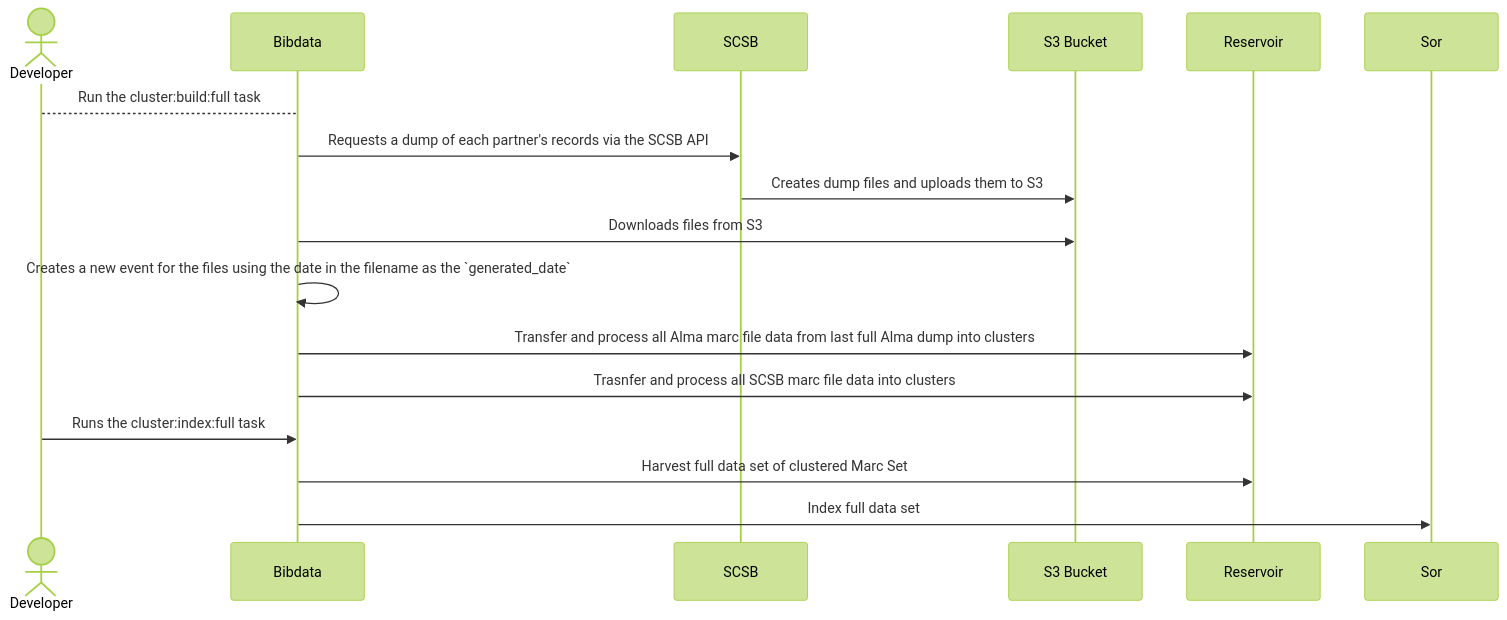
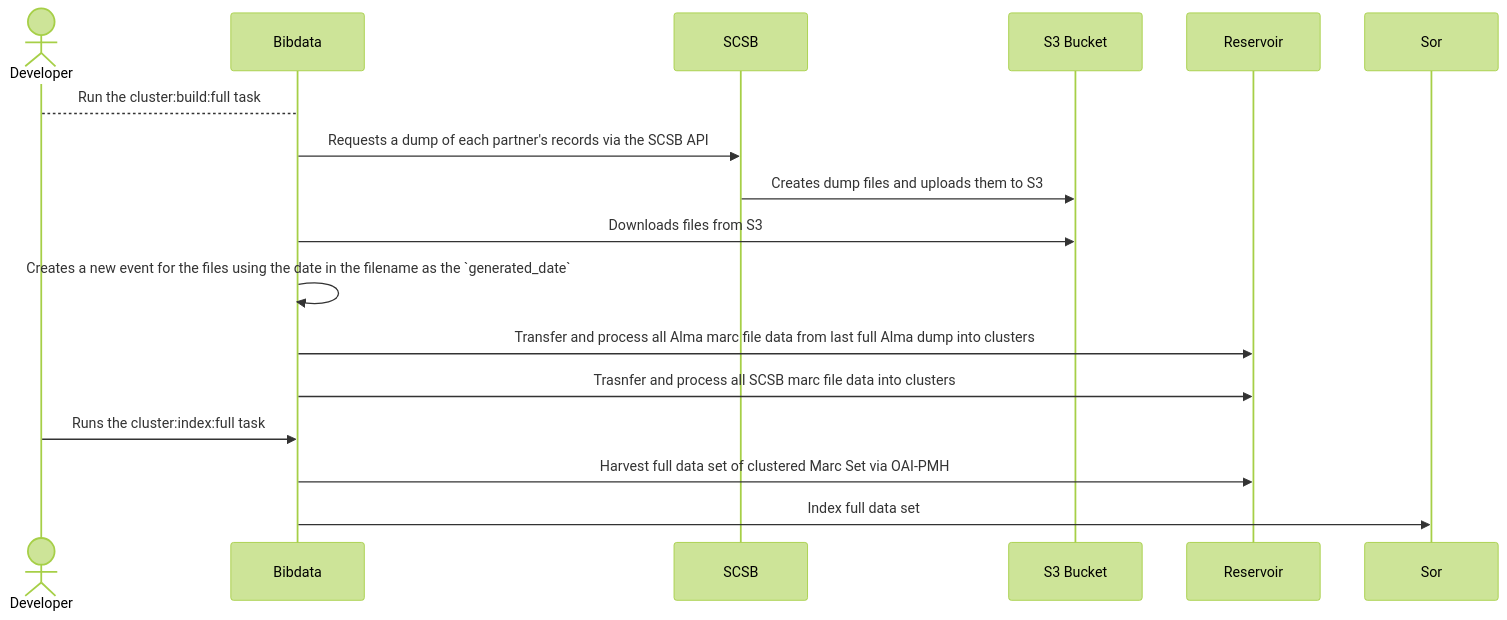
The second of 3 diagrams in docs/clustering/README.md (pulibrary/bibdata), drawn with Mermaid (forest theme) before and after one commit.

Commit message:
Update wording on Reservoir scenario.

````diff
--- a/docs/clustering/README.md
+++ b/docs/clustering/README.md
@@ -23,19 +23,19 @@
 ```mermaid
 sequenceDiagram
     accTitle: Full Indexing using a clustered data set managed by Reservoir
     accDescr {
         Indexing process including clustering.
     }
     actor Developer
     Developer-->Bibdata: Run the cluster:build:full task
     Bibdata->>SCSB: Requests a dump of each partner's records via the SCSB API
     SCSB->>S3 Bucket: Creates dump files and uploads them to S3
     Bibdata->>S3 Bucket: Downloads files from S3
     Bibdata->>Bibdata: Creates a new event for the files using the date in the filename as the `generated_date`
     Bibdata->>Reservoir: Transfer and process all Alma marc file data from last full Alma dump into clusters
     Bibdata->>Reservoir: Trasnfer and process all SCSB marc file data into clusters
     Developer->>Bibdata: Runs the cluster:index:full task
-    Bibdata->>Reservoir: Harvest full data set of clustered Marc Set
+    Bibdata->>Reservoir: Harvest full data set of clustered Marc Set via OAI-PMH
     Bibdata->>Sor: Index full data set
 
 ```
````
